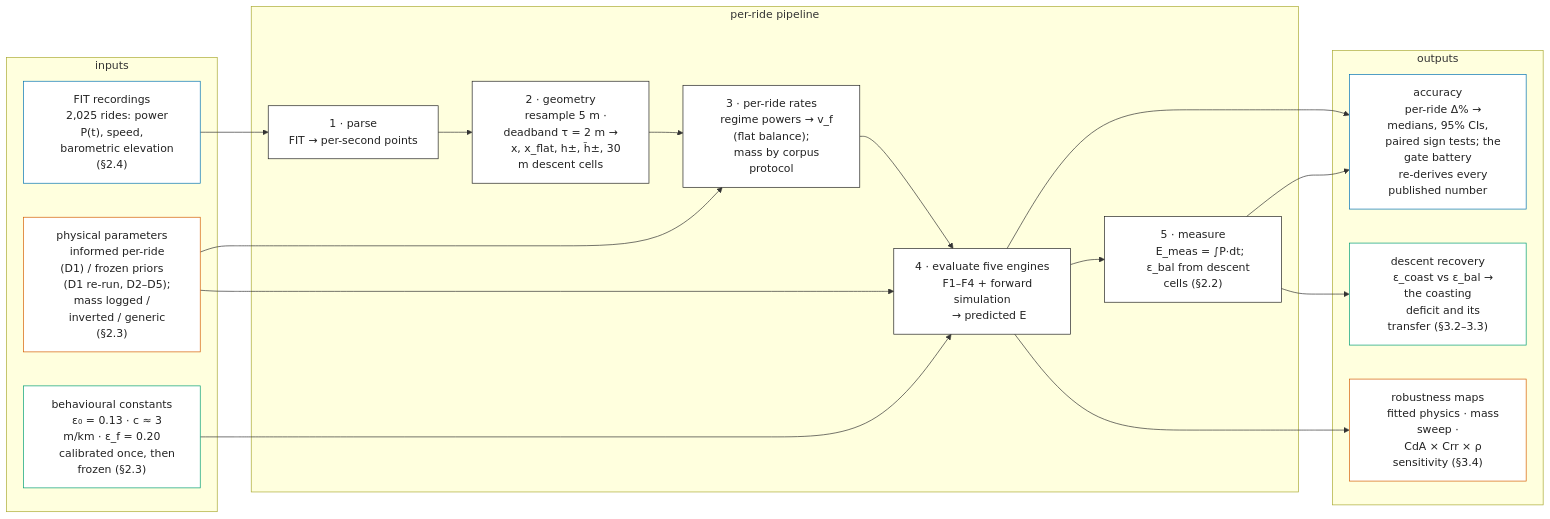
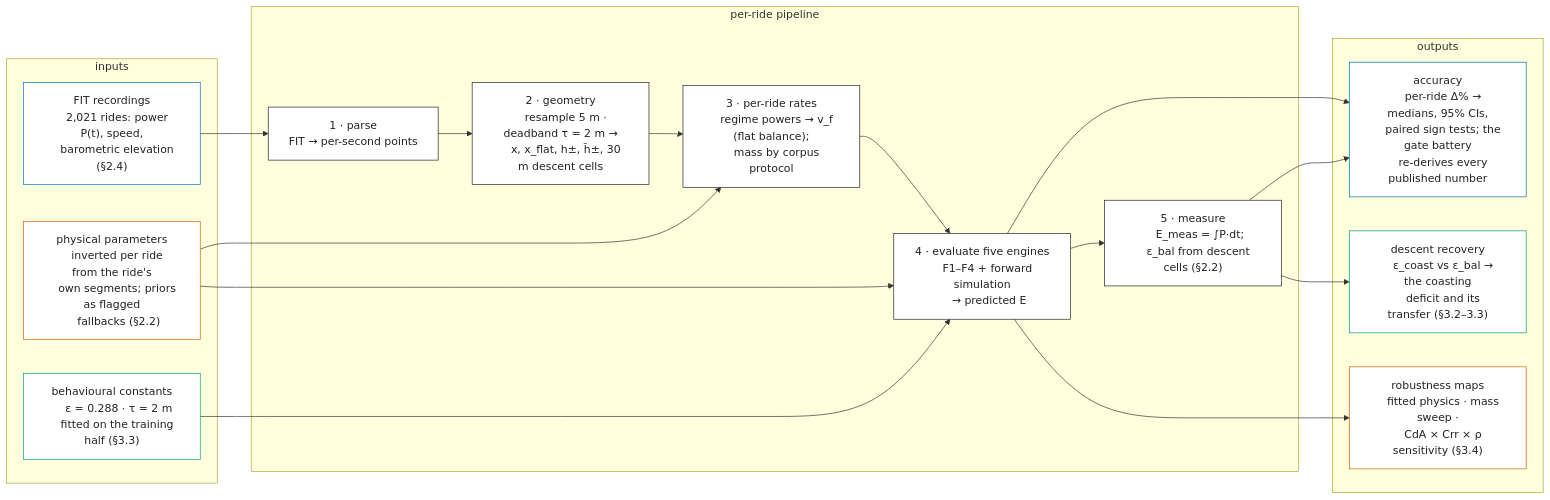
The first of 2 diagrams in research/article/paper1-closed-form.md (danlessa/bicycling-energy-model), drawn with Mermaid before and after one commit. The commit also changed other lines of this file, not shown here.

````diff
--- a/research/article/paper1-closed-form.md
+++ b/research/article/paper1-closed-form.md
@@ -174,60 +174,60 @@
 ```mermaid
 flowchart LR
   subgraph IN["inputs"]
     A["FIT recordings
-    2,025 rides: power P(t), speed,
+    2,021 rides: power P(t), speed,
     barometric elevation (§2.4)"]
     B["physical parameters
-    informed per-ride (D1) / frozen priors
-    (D1 re-run, D2–D5); mass logged /
-    inverted / generic (§2.3)"]
+    inverted per ride from the ride's
+    own segments; priors as flagged
+    fallbacks (§2.2)"]
     C["behavioural constants
-    ε₀ = 0.13 · c ≈ 3 m/km · ε_f = 0.20
-    calibrated once, then frozen (§2.3)"]
+    ε = 0.288 · τ = 2 m
+    fitted on the training half (§3.3)"]
   end
   subgraph PIPE["per-ride pipeline"]
     P1["1 · parse
     FIT → per-second points"]
     P2["2 · geometry
     resample 5 m · deadband τ = 2 m →
     x, x_flat, h±, h̃±, 30 m descent cells"]
     P3["3 · per-ride rates
     regime powers → v_f (flat balance);
     mass by corpus protocol"]
     P4["4 · evaluate five engines
     F1–F4 + forward simulation
     → predicted E"]
     P5["5 · measure
     E_meas = ∫P·dt;
     ε_bal from descent cells (§2.2)"]
     P1 --> P2 --> P3 --> P4 --> P5
   end
   subgraph OUT["outputs"]
     O1["accuracy
     per-ride Δ% → medians, 95% CIs,
     paired sign tests; the gate battery
     re-derives every published number"]
     O2["descent recovery
     ε_coast vs ε_bal → the coasting
     deficit and its transfer (§3.2–3.3)"]
     O3["robustness maps
     fitted physics · mass sweep ·
     CdA × Crr × ρ sensitivity (§3.4)"]
   end
   A --> P1
   B --> P3
   B --> P4
   C --> P4
   P4 --> O1
   P5 --> O1
   P5 --> O2
   P4 --> O3
   classDef blue stroke:#0072B2,fill:#fff,color:#222
   classDef verm stroke:#D55E00,fill:#fff,color:#222
   classDef green stroke:#009E73,fill:#fff,color:#222
   classDef ink stroke:#222222,fill:#fff,color:#222
   class A,O1 blue
   class B,O3 verm
   class C,O2 green
   class P1,P2,P3,P4,P5 ink
 ```
````
